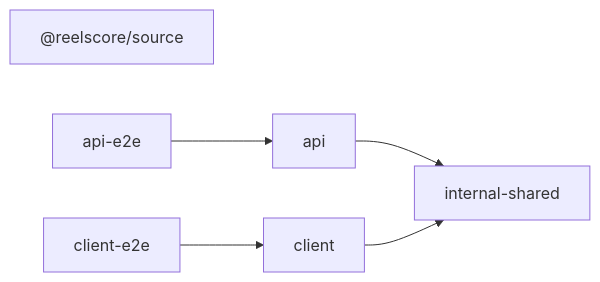
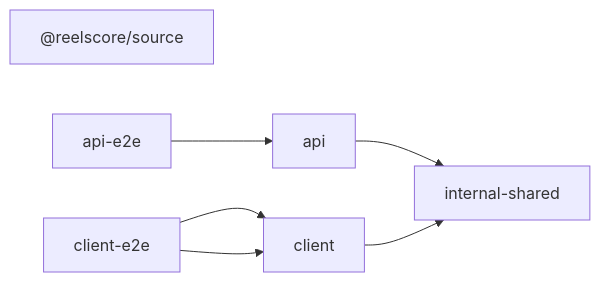
Before and after one commit to svenson95/reelscore: the diagram in README.md, drawn with Mermaid.

Commit message:
docs: update generated architecture diagram

````diff
--- a/README.md
+++ b/README.md
@@ -88,13 +88,14 @@
 ```mermaid
 flowchart LR
   _reelscore_source["@reelscore/source"]
   api["api"]
   api_e2e["api-e2e"]
   client["client"]
   client_e2e["client-e2e"]
   internal_shared["internal-shared"]
   api_e2e --> api
   api --> internal_shared
   client_e2e --> client
+  client_e2e --> client
   client --> internal_shared
 ```
````
